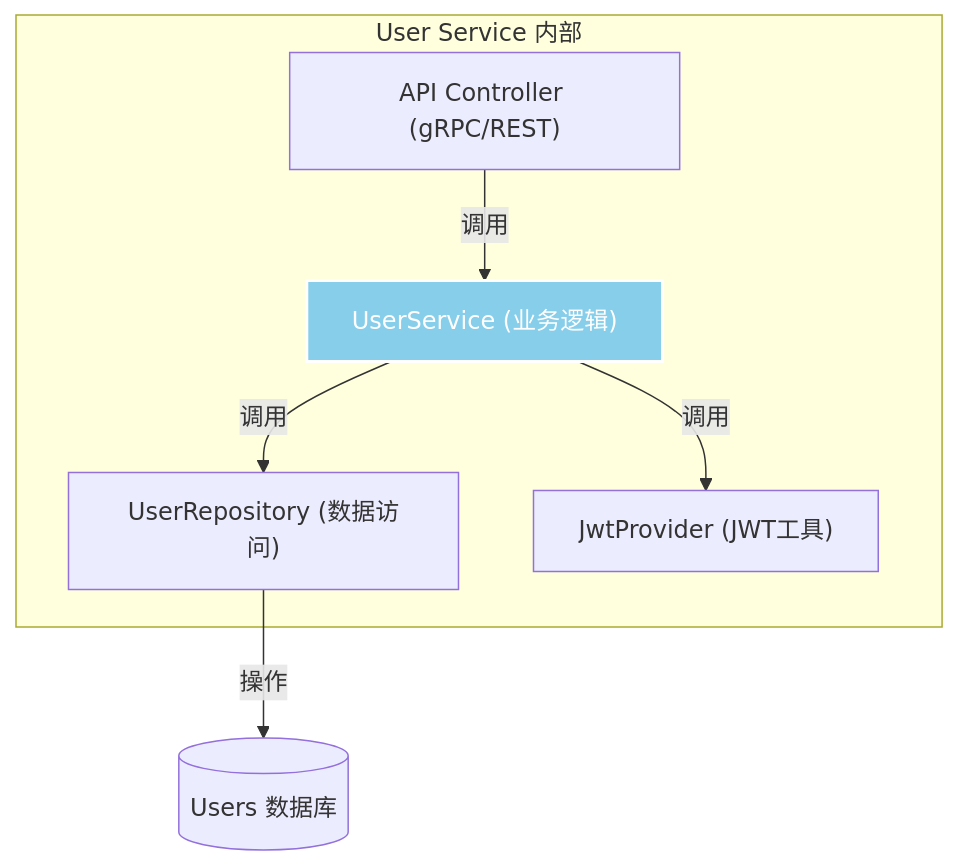
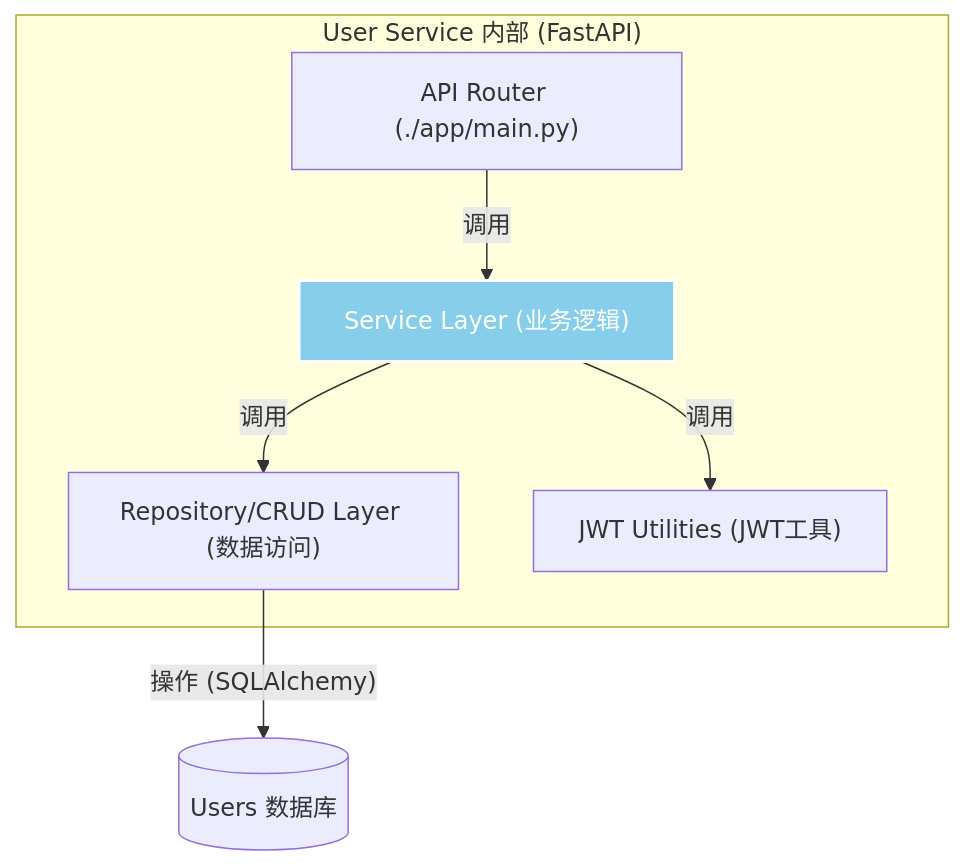
One commit to kobeee/ai-postcard changed the diagram in docs/design/03-user-service.md. Above: the diagram before and after it, drawn with Mermaid. The commit also changed other lines of this file and 50 other files, not shown here.

````diff
--- a/docs/design/03-user-service.md
+++ b/docs/design/03-user-service.md
@@ -42,17 +42,17 @@
 ```mermaid
 graph TD
-    subgraph "User Service 内部"
-        A["API Controller (gRPC/REST)"]
-        B["UserService (业务逻辑)"]
-        C["UserRepository (数据访问)"]
-        D["JwtProvider (JWT工具)"]
+    subgraph "User Service 内部 (FastAPI)"
+        A["API Router (./app/main.py)"]
+        B["Service Layer (业务逻辑)"]
+        C["Repository/CRUD Layer (数据访问)"]
+        D["JWT Utilities (JWT工具)"]
         
         A -- "调用" --> B
         B -- "调用" --> C
         B -- "调用" --> D
     end
     
-    C -- "操作" --> E[("Users 数据库")]
+    C -- "操作 (SQLAlchemy)" --> E[("Users 数据库")]
     
     style B fill:#87CEEB,stroke:#fff,stroke-width:2px,color:#fff
 ```
````
